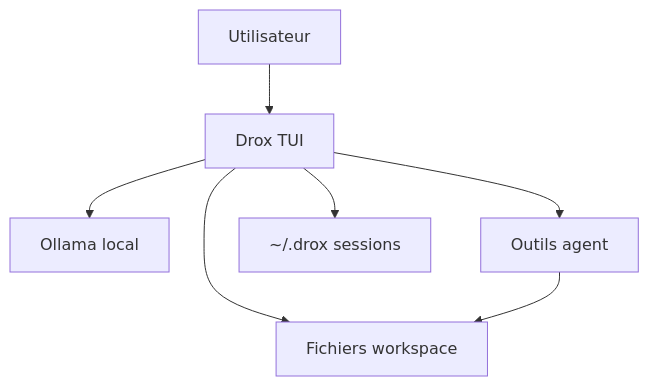
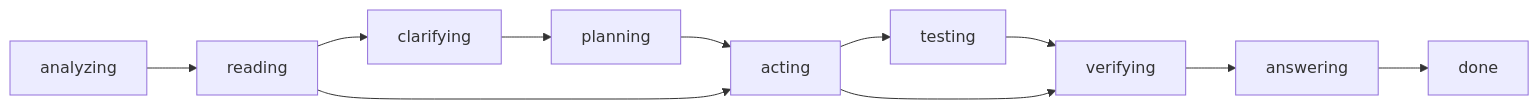
The fourth of 4 diagrams in README.md (DroxKiwi/Drox---TUI), drawn with Mermaid before and after one commit. The commit also changed other lines of this file, not shown here.

````diff
--- a/README.md
+++ b/README.md
@@ -107,9 +231,13 @@
 ```mermaid
-flowchart TB
-    U[Utilisateur] --> TUI[Drox TUI]
-    TUI --> LLM[Ollama local]
-    TUI --> FS[Fichiers workspace]
-    TUI --> TOOLS[Outils agent]
-    TOOLS --> FS
-    TUI --> DISK[~/.drox sessions]
+flowchart LR
+  A[analyzing] --> R[reading]
+  R --> C[clarifying]
+  C --> P[planning]
+  P --> X[acting]
+  R --> X
+  X --> T[testing]
+  T --> V[verifying]
+  X --> V
+  V --> AN[answering]
+  AN --> D[done]
 ```
````
